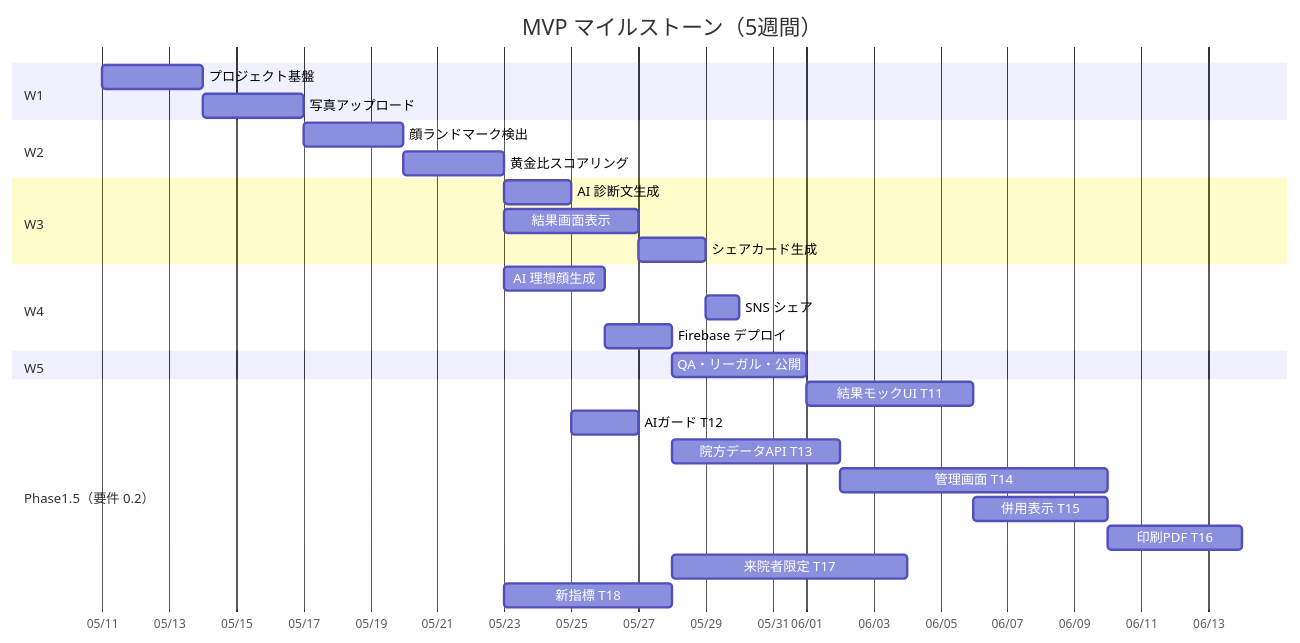
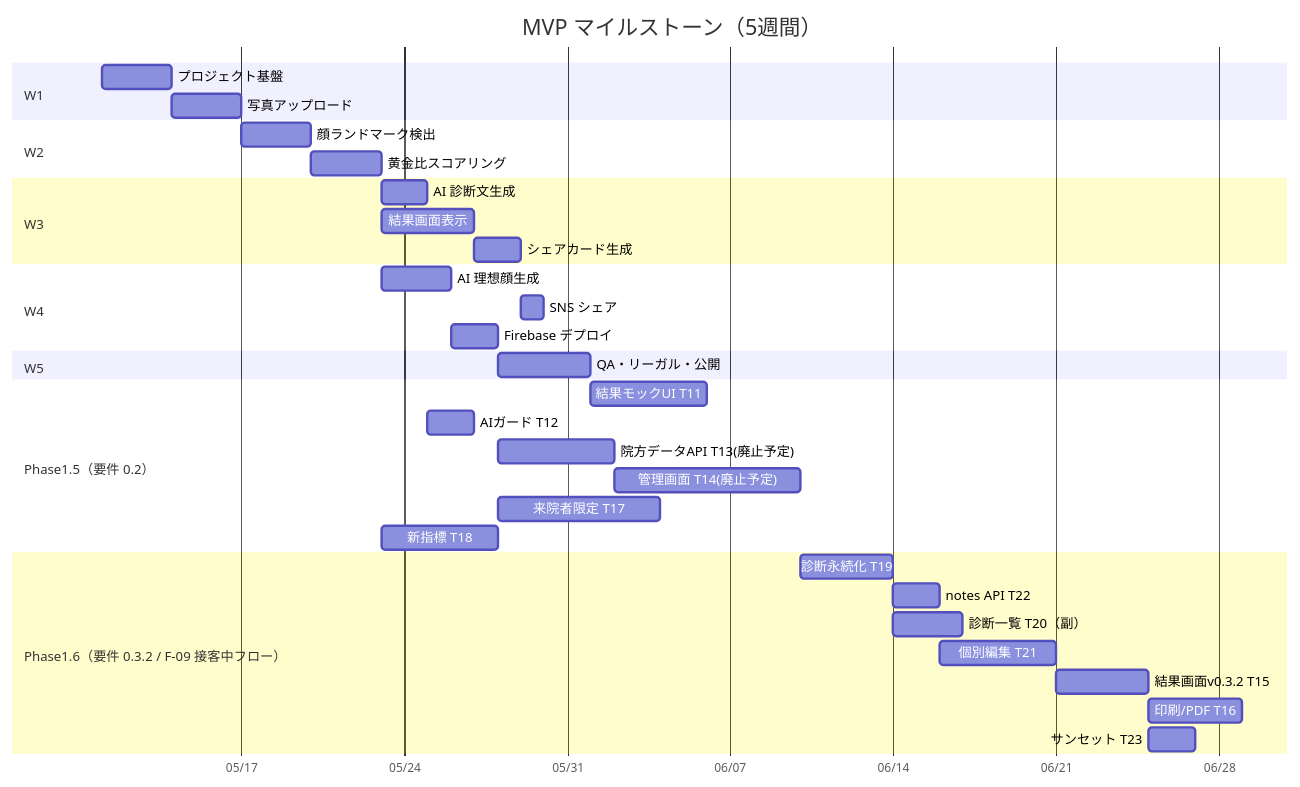
The diagram in docs/INDEX.md (tiamclinic/AI-Doctor), drawn with Mermaid before and after one commit. The commit also changed other lines of this file and 93 other files, not shown here.

````diff
--- a/docs/INDEX.md
+++ b/docs/INDEX.md
@@ -45,31 +77,37 @@
 ```mermaid
 gantt
     title MVP マイルストーン（5週間）
     dateFormat YYYY-MM-DD
     axisFormat %m/%d
     section W1
     プロジェクト基盤        :a0, 2026-05-11, 3d
     写真アップロード        :a1, after a0, 3d
     section W2
     顔ランドマーク検出      :a2, after a1, 3d
     黄金比スコアリング      :a3, after a2, 3d
     section W3
     AI 診断文生成           :a4, after a3, 2d
     結果画面表示            :a5, after a3, 4d
     シェアカード生成        :a6, after a5, 2d
     section W4
     AI 理想顔生成           :a7, after a3, 3d
     SNS シェア              :a8, after a6, 1d
     Firebase デプロイ       :a9, after a7, 2d
     section W5
     QA・リーガル・公開      :a10, after a9, 4d
     section Phase1.5（要件 0.2）
     結果モックUI T11      :b11, after a10, 5d
     AIガード T12          :b12, after a4, 2d
-    院方データAPI T13     :b13, after a9, 5d
-    管理画面 T14          :b14, after b13, 8d
-    併用表示 T15          :b15, after b11, 4d
-    印刷PDF T16           :b16, after b15, 4d
+    院方データAPI T13(廃止予定):b13, after a9, 5d
+    管理画面 T14(廃止予定):b14, after b13, 8d
     来院者限定 T17        :b17, after a9, 7d
     新指標 T18            :b18, after a3, 5d
+    section Phase1.6（要件 0.3.2 / F-09 接客中フロー）
+    診断永続化 T19        :c19, after b14, 4d
+    notes API T22         :c22, after c19, 2d
+    診断一覧 T20（副）    :c20, after c19, 3d
+    個別編集 T21          :c21, after c22, 5d
+    結果画面v0.3.2 T15    :c15, after c21, 4d
+    印刷/PDF T16          :c16, after c15, 4d
+    サンセット T23        :c23, after c15, 2d
 ```
````
